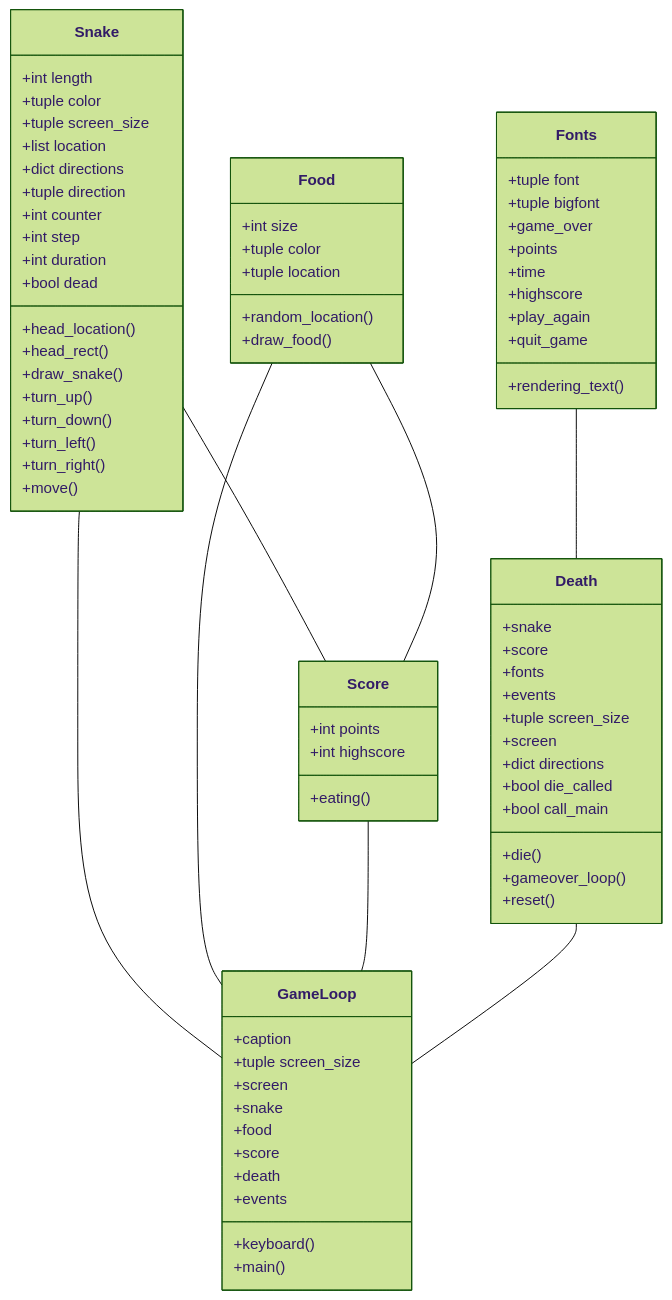
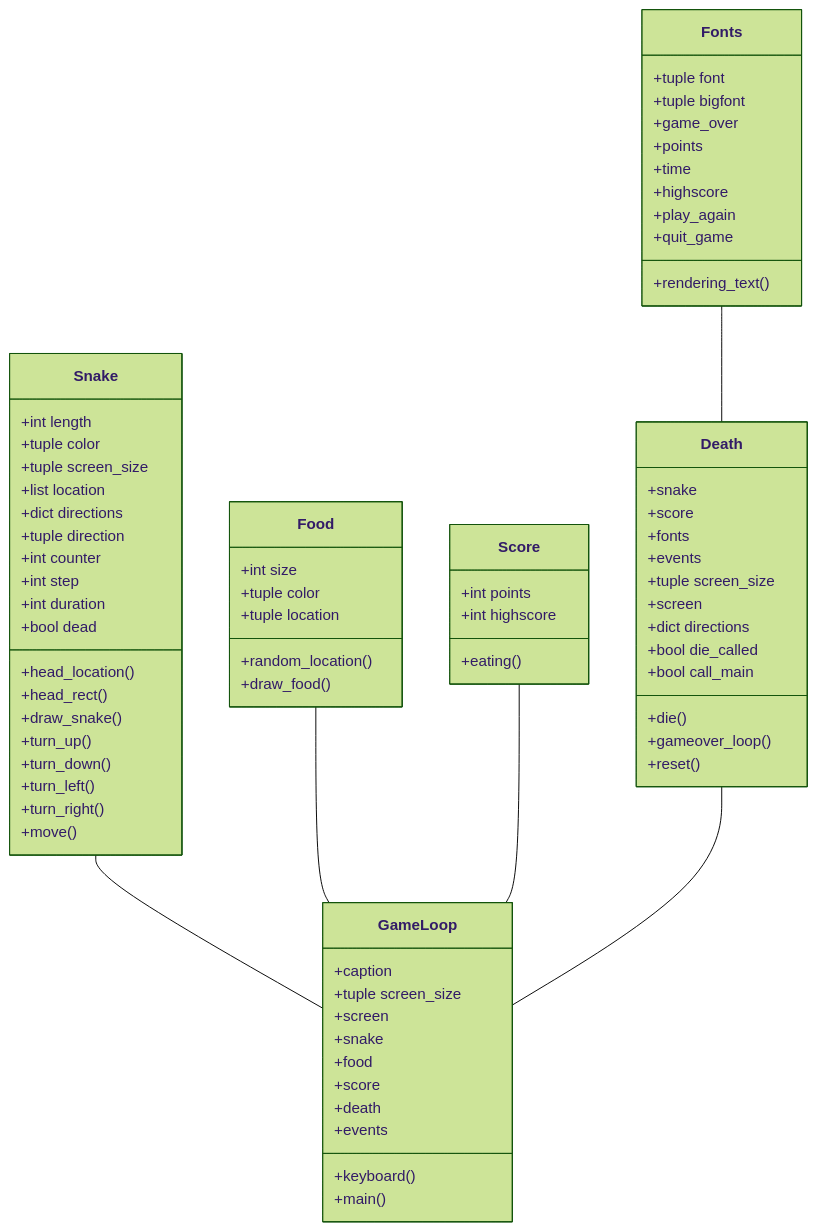
Before and after one commit to lottapispa/ot-harjoitystyo: the first of 3 diagrams in dokumentaatio/arkkitehtuuri.md, drawn with Mermaid (forest theme).

````diff
--- a/dokumentaatio/arkkitehtuuri.md
+++ b/dokumentaatio/arkkitehtuuri.md
@@ -6,79 +6,77 @@
 ```mermaid
 classDiagram
     Snake -- GameLoop
     Food -- GameLoop
     Score -- GameLoop
     Death -- GameLoop
     Fonts -- Death
-    Snake -- Score
-    Food -- Score
     class Snake{
         +int length
         +tuple color
         +tuple screen_size
         +list location
         +dict directions
         +tuple direction
         +int counter
         +int step
         +int duration
         +bool dead
         +head_location()
         +head_rect()
         +draw_snake()
         +turn_up()
         +turn_down()
         +turn_left()
         +turn_right()
         +move()
     }
     class Food{
         +int size
         +tuple color
         +tuple location
         +random_location()
         +draw_food()
     }
     class Score{
         +int points
         +int highscore
         +eating()
     }
     class Death{
         +snake
         +score
         +fonts
         +events
         +tuple screen_size
         +screen
         +dict directions
         +bool die_called
         +bool call_main
         +die()
         +gameover_loop()
         +reset()
     }
     class Fonts{
         +tuple font
         +tuple bigfont
         +game_over
         +points
         +time
         +highscore
         +play_again
         +quit_game
         +rendering_text()
     }
     class GameLoop{
         +caption
         +tuple screen_size
         +screen
         +snake
         +food
         +score
         +death
         +events
         +keyboard()
         +main()
     }
 ```
````
